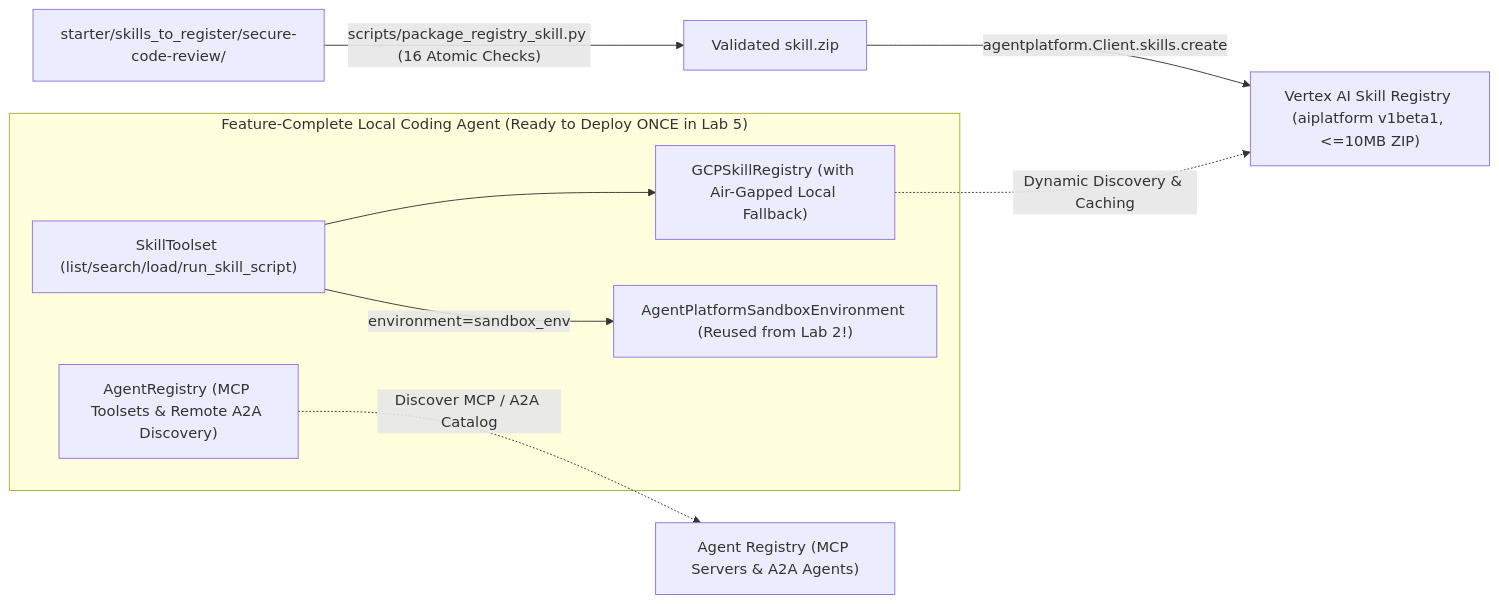
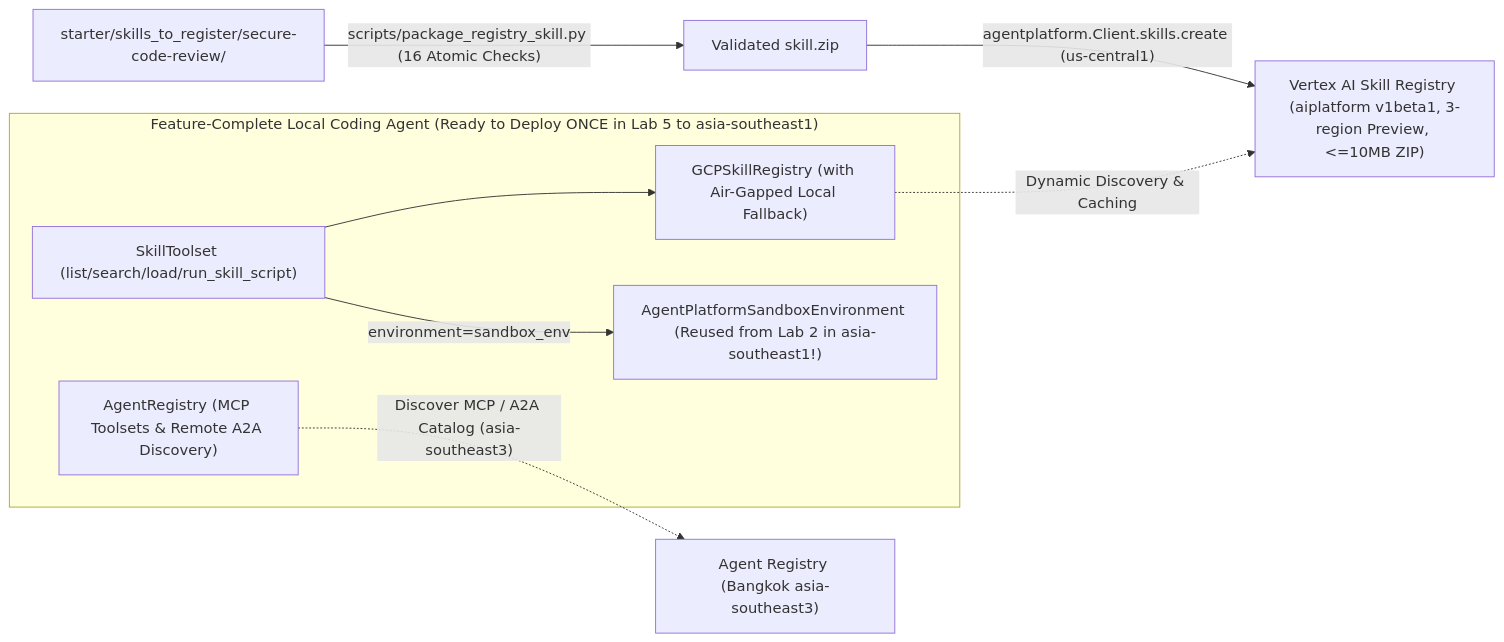
Before and after one commit to jiratouchmhp/coding-agent-workshop: the diagram in workshop/04-LAB-SKILLS-AND-AGENT-REGISTRY.md, drawn with Mermaid. The commit also changed other lines of this file and 80 other files, not shown here.

Commit message:
Add Bangkok (asia-southeast3) + Singapore (asia-southeast1) regional config, first-class no-Docker attendee support, and end-to-end attendee validation fixes

````diff
--- a/workshop/04-LAB-SKILLS-AND-AGENT-REGISTRY.md
+++ b/workshop/04-LAB-SKILLS-AND-AGENT-REGISTRY.md
@@ -32,18 +32,18 @@
 ```mermaid
 flowchart LR
     SkillDir["starter/skills_to_register/secure-code-review/"] -->|"scripts/package_registry_skill.py (16 Atomic Checks)"| Zip["Validated skill.zip"]
 
-    Zip -->|"agentplatform.Client.skills.create"| SkillReg["Vertex AI Skill Registry (aiplatform v1beta1, <=10MB ZIP)"]
+    Zip -->|"agentplatform.Client.skills.create (us-central1)"| SkillReg["Vertex AI Skill Registry (aiplatform v1beta1, 3-region Preview, <=10MB ZIP)"]
 
-    subgraph Runtime["Feature-Complete Local Coding Agent (Ready to Deploy ONCE in Lab 5)"]
+    subgraph Runtime["Feature-Complete Local Coding Agent (Ready to Deploy ONCE in Lab 5 to asia-southeast1)"]
         Toolset["SkillToolset (list/search/load/run_skill_script)"]
         ADKSkillReg["GCPSkillRegistry (with Air-Gapped Local Fallback)"]
-        SandboxEnv["AgentPlatformSandboxEnvironment (Reused from Lab 2!)"]
+        SandboxEnv["AgentPlatformSandboxEnvironment (Reused from Lab 2 in asia-southeast1!)"]
         ADKAgentReg["AgentRegistry (MCP Toolsets & Remote A2A Discovery)"]
         Toolset --> ADKSkillReg
         Toolset -->|"environment=sandbox_env"| SandboxEnv
     end
 
     ADKSkillReg -.->|"Dynamic Discovery & Caching"| SkillReg
-    ADKAgentReg -.->|"Discover MCP / A2A Catalog"| AgentReg["Agent Registry (MCP Servers & A2A Agents)"]
+    ADKAgentReg -.->|"Discover MCP / A2A Catalog (asia-southeast3)"| AgentReg["Agent Registry (Bangkok asia-southeast3)"]
 ```
````
